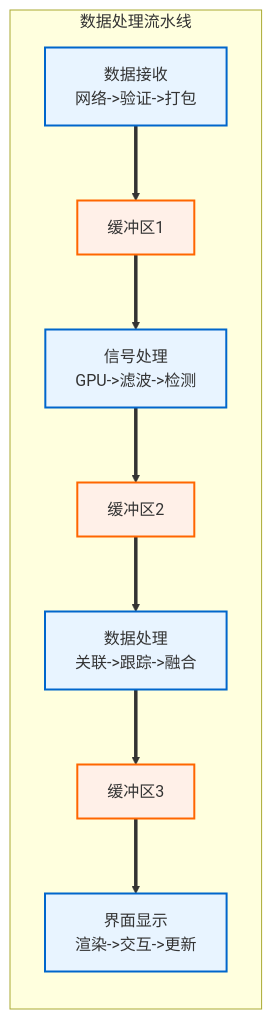
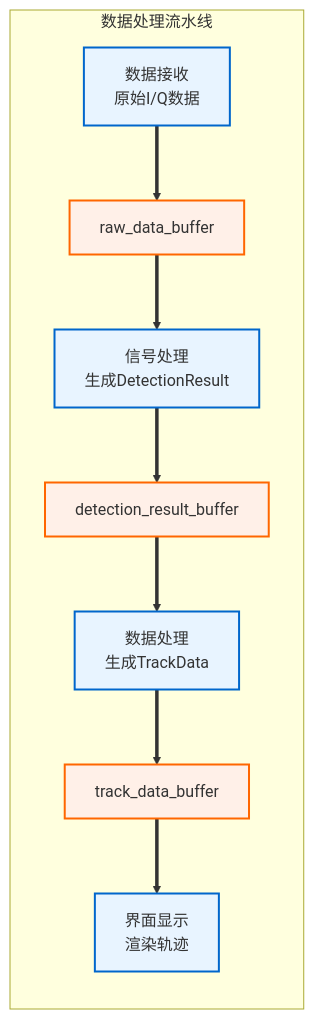
The third of 13 diagrams in docs/01_项目设计/02_模块设计/99_模块集成策略.md (wendizhou99-cell/Radar), drawn with Mermaid before and after one commit. The commit also changed other lines of this file and 9 other files, not shown here.

````diff
--- a/docs/01_项目设计/02_模块设计/99_模块集成策略.md
+++ b/docs/01_项目设计/02_模块设计/99_模块集成策略.md
@@ -121,26 +162,26 @@
 ```mermaid
 flowchart LR
     subgraph "数据处理流水线"
-        RECV[数据接收<br/>网络->验证->打包]
-        BUF1[缓冲区1]
-        SIGNAL[信号处理<br/>GPU->滤波->检测]
-        BUF2[缓冲区2]
-        DATA[数据处理<br/>关联->跟踪->融合]
-        BUF3[缓冲区3]
-        DISPLAY[界面显示<br/>渲染->交互->更新]
+        RECV[数据接收<br/>原始I/Q数据]
+        BUF1[raw_data_buffer]
+        SIGNAL[信号处理<br/>生成DetectionResult]
+        BUF2[detection_result_buffer]
+        DATA[数据处理<br/>生成TrackData]
+        BUF3[track_data_buffer]
+        DISPLAY[界面显示<br/>渲染轨迹]
     end
 
     %% 主数据流
     RECV ==> BUF1
     BUF1 ==> SIGNAL
     SIGNAL ==> BUF2
     BUF2 ==> DATA
     DATA ==> BUF3
     BUF3 ==> DISPLAY
 
     classDef processor fill:#e8f4ff,stroke:#0066cc,stroke-width:2px
     classDef buffer fill:#fff0e8,stroke:#ff6600,stroke-width:2px
 
     class RECV,SIGNAL,DATA,DISPLAY processor
     class BUF1,BUF2,BUF3 buffer
 ```
````
